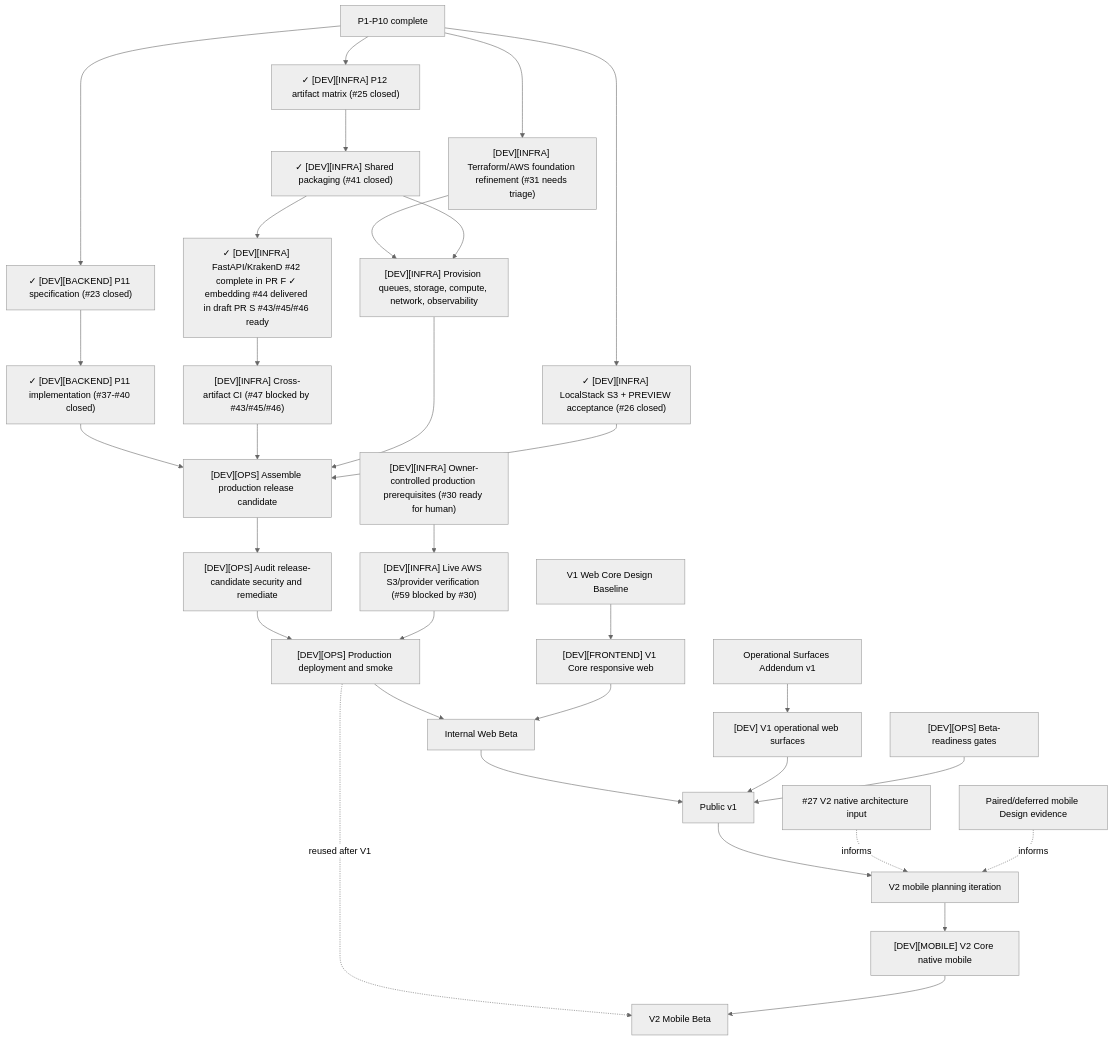
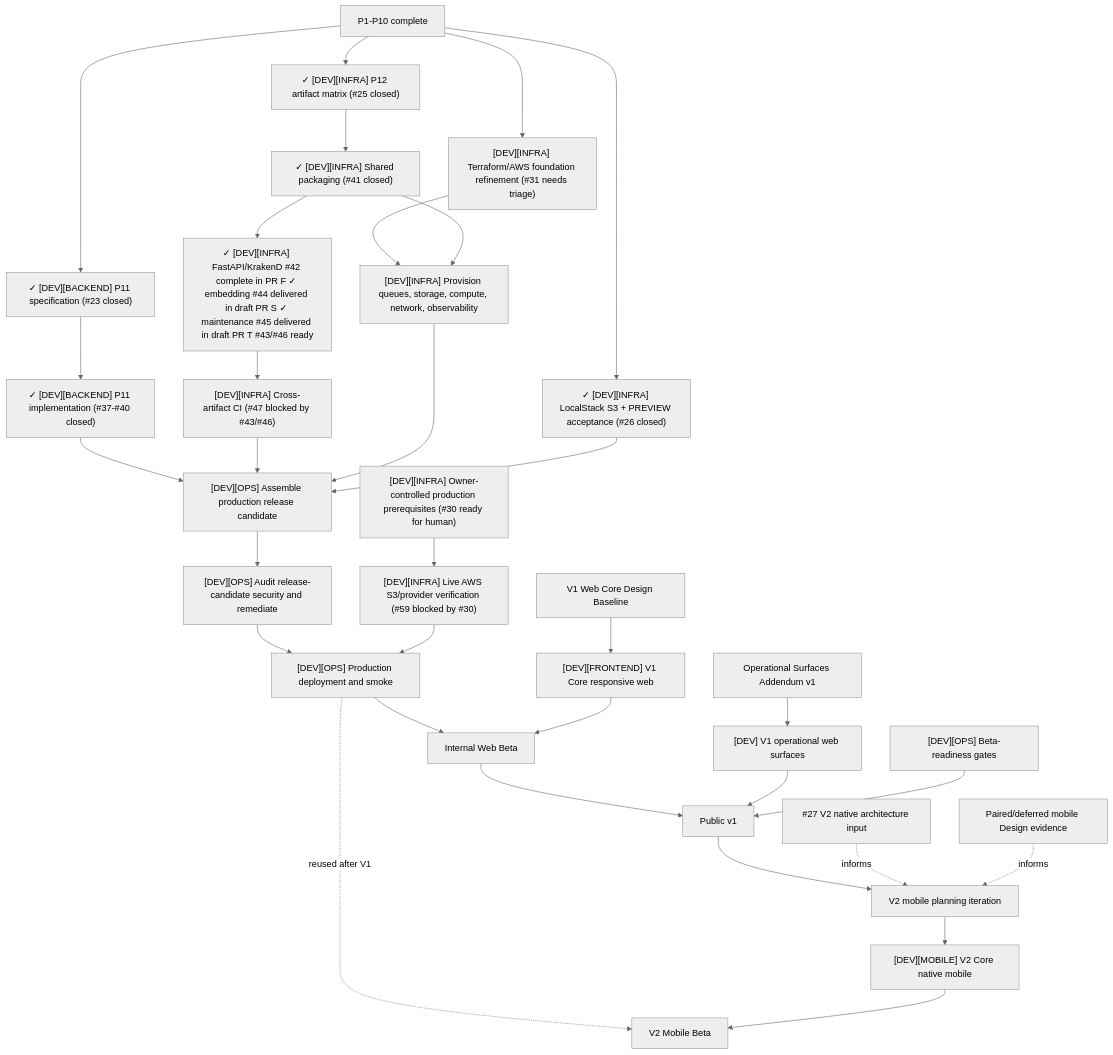
Before and after one commit to starkovalera/recipe-manager: the diagram in docs/architecture/production-roadmap.md, drawn with Mermaid (neutral theme). The commit also changed other lines of this file and 10 other files, not shown here.

First line of the commit message:
[DEV][INFRA] Build maintenance Lambda production artifact (#84)

````diff
--- a/docs/architecture/production-roadmap.md
+++ b/docs/architecture/production-roadmap.md
@@ -215,41 +215,41 @@
 ```mermaid
 flowchart TD
   p10["P1-P10 complete"]
   p10 --> p11Spec["✓ [DEV][BACKEND] P11 specification (#23 closed)"]
   p11Spec --> p11Implementation["✓ [DEV][BACKEND] P11 implementation (#37-#40 closed)"]
   p10 --> p12Spec["✓ [DEV][INFRA] P12 artifact matrix (#25 closed)"]
   p12Spec --> p12Shared["✓ [DEV][INFRA] Shared packaging (#41 closed)"]
-  p12Shared --> p12Artifacts["✓ [DEV][INFRA] FastAPI/KrakenD #42 complete in PR #70; ✓ embedding #44 delivered in draft PR #83; #43/#45/#46 ready"]
-  p12Artifacts --> p12Ci["[DEV][INFRA] Cross-artifact CI (#47 blocked by #43/#45/#46)"]
+  p12Shared --> p12Artifacts["✓ [DEV][INFRA] FastAPI/KrakenD #42 complete in PR #70; ✓ embedding #44 delivered in draft PR #83; ✓ maintenance #45 delivered in draft PR #84; #43/#46 ready"]
+  p12Artifacts --> p12Ci["[DEV][INFRA] Cross-artifact CI (#47 blocked by #43/#46)"]
   p10 --> localstack["✓ [DEV][INFRA] LocalStack S3 + PREVIEW acceptance (#26 closed)"]
   p10 --> tfFoundation["[DEV][INFRA] Terraform/AWS foundation refinement (#31 needs triage)"]
   ownerInputs["[DEV][INFRA] Owner-controlled production prerequisites (#30 ready for human)"]
   ownerInputs --> liveAws["[DEV][INFRA] Live AWS S3/provider verification (#59 blocked by #30)"]
 
   tfFoundation --> cloudResources["[DEV][INFRA] Provision queues, storage, compute, network, observability"]
   p12Shared --> cloudResources
 
   p11Implementation --> releaseCandidate["[DEV][OPS] Assemble production release candidate"]
   p12Ci --> releaseCandidate
   cloudResources --> releaseCandidate
   localstack --> releaseCandidate
   releaseCandidate --> security["[DEV][OPS] Audit release-candidate security and remediate"]
   security --> technicalProd["[DEV][OPS] Production deployment and smoke"]
   liveAws --> technicalProd
 
   designCore["V1 Web Core Design Baseline"] --> web["[DEV][FRONTEND] V1 Core responsive web"]
   technicalProd --> webBeta["Internal Web Beta"]
   web --> webBeta
 
   designOps["Operational Surfaces Addendum v1"] --> operationalClients["[DEV] V1 operational web surfaces"]
   webBeta --> publicV1["Public v1"]
   operationalClients --> publicV1
   beta["[DEV][OPS] Beta-readiness gates"] --> publicV1
 
   publicV1 --> v2Planning["V2 mobile planning iteration"]
   mobileResearch["#27 V2 native architecture input"] -. informs .-> v2Planning
   pairedDesign["Paired/deferred mobile Design evidence"] -. informs .-> v2Planning
   v2Planning --> mobile["[DEV][MOBILE] V2 Core native mobile"]
   technicalProd -. reused after V1 .-> mobileBeta["V2 Mobile Beta"]
   mobile --> mobileBeta
 ```
````
